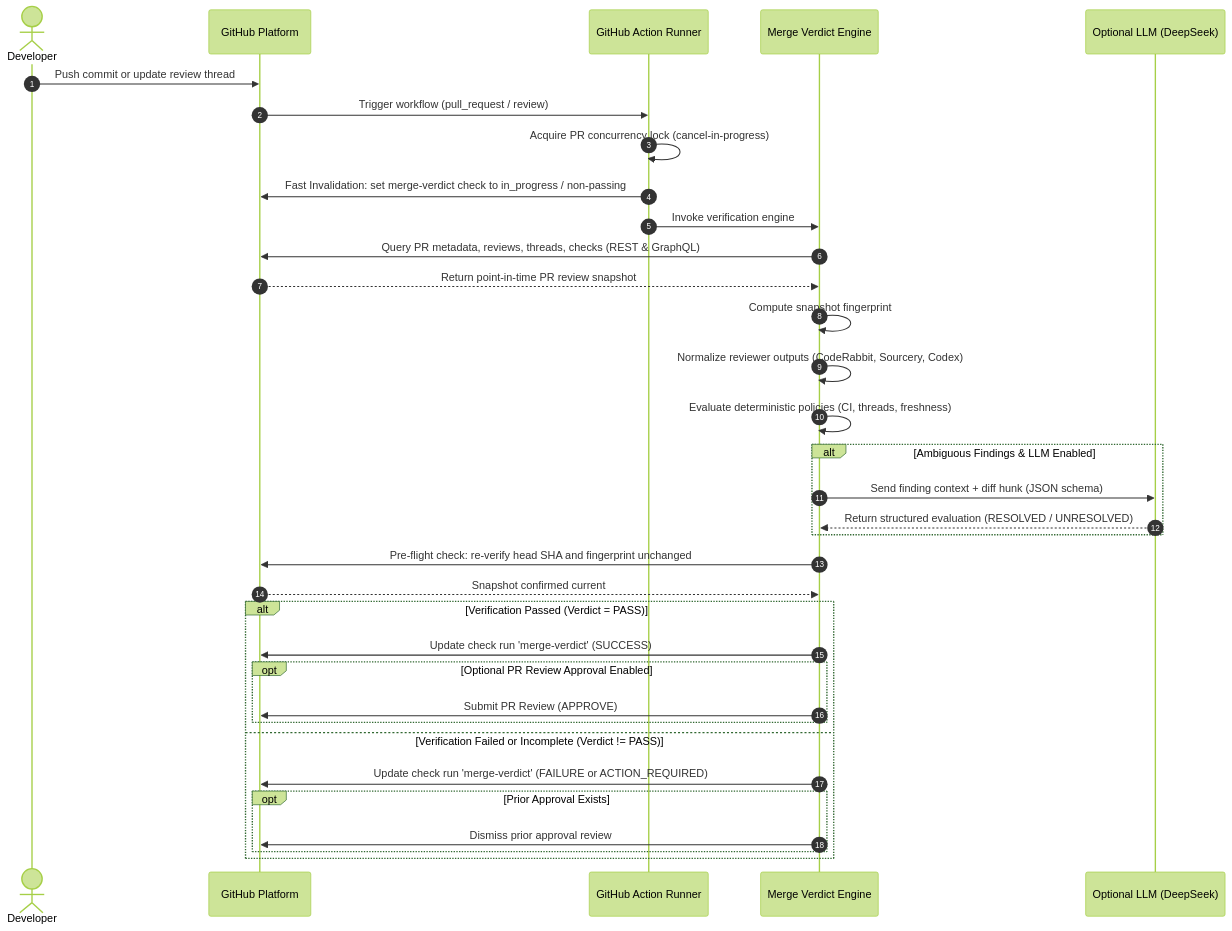
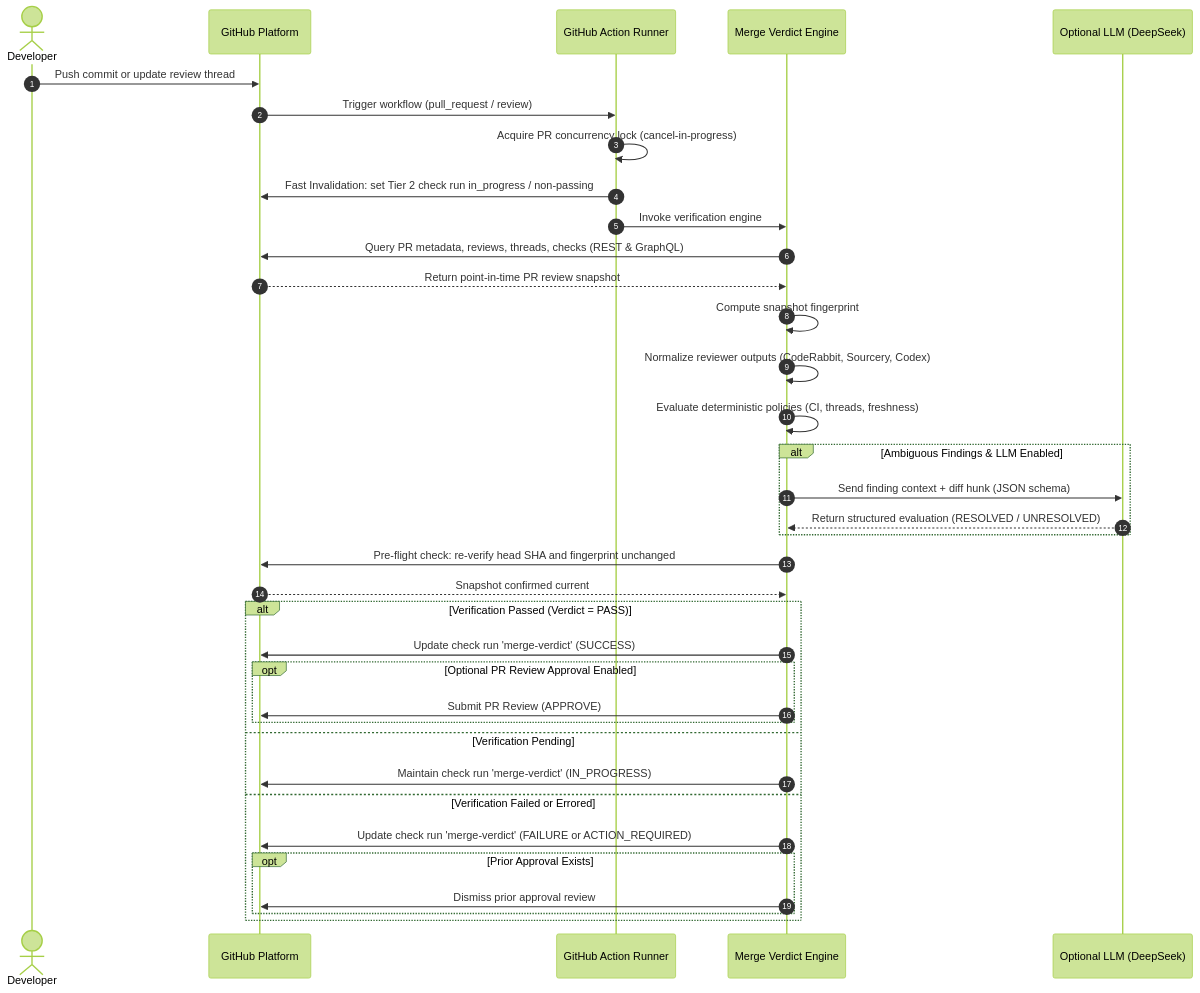
The second of 2 diagrams in docs/architecture.md (gordonpn/merge-verdict), drawn with Mermaid (forest theme) before and after one commit. The commit also changed other lines of this file and 6 other files, not shown here.

````diff
--- a/docs/architecture.md
+++ b/docs/architecture.md
@@ -154,42 +154,44 @@
 ```mermaid
 sequenceDiagram
     autonumber
     actor Dev as Developer
     participant GH as GitHub Platform
     participant WF as GitHub Action Runner
     participant Core as Merge Verdict Engine
     participant LLM as Optional LLM (DeepSeek)
 
     Dev->>GH: Push commit or update review thread
     GH->>WF: Trigger workflow (pull_request / review)
     WF->>WF: Acquire PR concurrency lock (cancel-in-progress)
-    WF->>GH: Fast Invalidation: set merge-verdict check to in_progress / non-passing
+    WF->>GH: Fast Invalidation: set Tier 2 check run in_progress / non-passing
     WF->>Core: Invoke verification engine
 
     Core->>GH: Query PR metadata, reviews, threads, checks (REST & GraphQL)
     GH-->>Core: Return point-in-time PR review snapshot
 
     Core->>Core: Compute snapshot fingerprint
     Core->>Core: Normalize reviewer outputs (CodeRabbit, Sourcery, Codex)
     Core->>Core: Evaluate deterministic policies (CI, threads, freshness)
 
     alt Ambiguous Findings & LLM Enabled
         Core->>LLM: Send finding context + diff hunk (JSON schema)
         LLM-->>Core: Return structured evaluation (RESOLVED / UNRESOLVED)
     end
 
     Core->>GH: Pre-flight check: re-verify head SHA and fingerprint unchanged
     GH-->>Core: Snapshot confirmed current
 
     alt Verification Passed (Verdict = PASS)
         Core->>GH: Update check run 'merge-verdict' (SUCCESS)
         opt Optional PR Review Approval Enabled
             Core->>GH: Submit PR Review (APPROVE)
         end
-    else Verification Failed or Incomplete (Verdict != PASS)
+    else Verification Pending
+        Core->>GH: Maintain check run 'merge-verdict' (IN_PROGRESS)
+    else Verification Failed or Errored
         Core->>GH: Update check run 'merge-verdict' (FAILURE or ACTION_REQUIRED)
         opt Prior Approval Exists
             Core->>GH: Dismiss prior approval review
         end
     end
 ```
````
